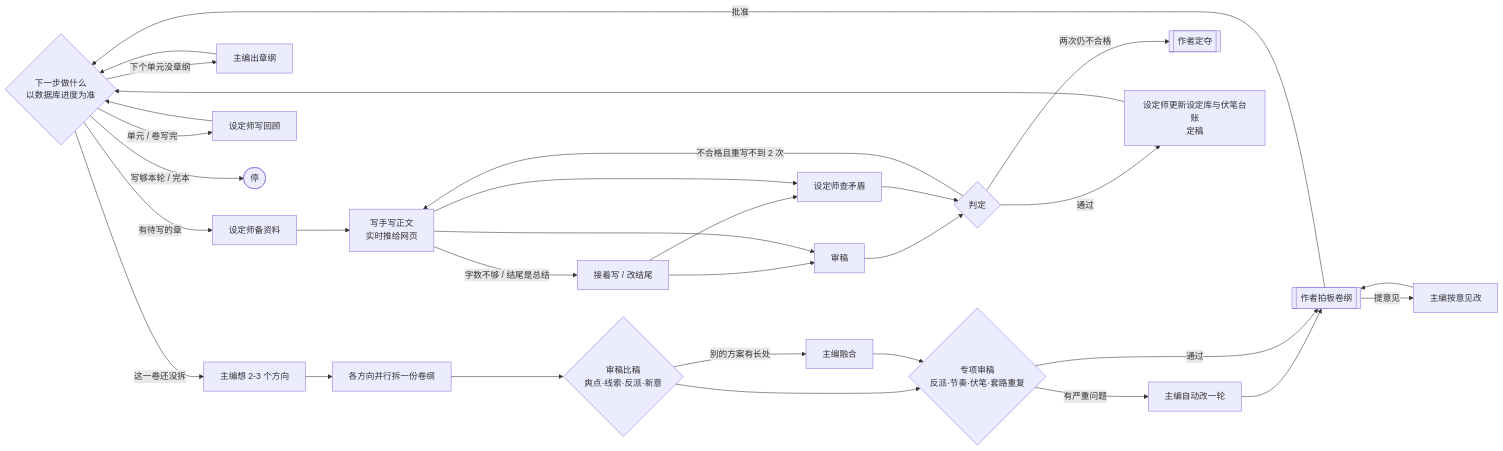
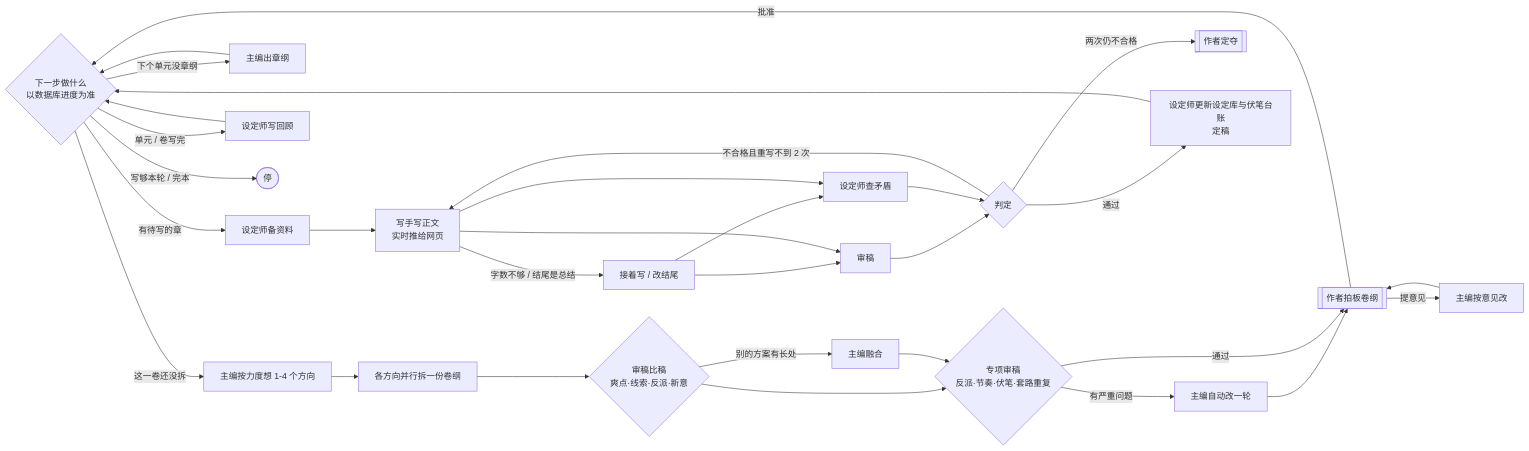
The second of 3 diagrams in README.md (lxbtkfbj/zhibi), drawn with Mermaid before and after one commit. The commit also changed other lines of this file and 77 other files, not shown here.

````diff
--- a/README.md
+++ b/README.md
@@ -58,33 +58,33 @@
 ```mermaid
 flowchart LR
-    N{下一步做什么<br/>以数据库进度为准} -->|这一卷还没拆| P[主编想 2-3 个方向]
+    N{下一步做什么<br/>以数据库进度为准} -->|这一卷还没拆| P[主编按力度想 1-4 个方向]
     P --> P1[各方向并行拆一份卷纲]
     P1 --> B{审稿比稿<br/>爽点·线索·反派·新意}
     B -- 别的方案有长处 --> M[主编融合]
     B --> A
     M --> A{专项审稿<br/>反派·节奏·伏笔·套路重复}
     A -- 有严重问题 --> AR[主编自动改一轮]
     AR --> G1
     A -- 通过 --> G1[[作者拍板卷纲]]
     G1 -- 提意见 --> GR[主编按意见改]
     GR --> G1
     G1 -- 批准 --> N
     N -->|下个单元没章纲| C[主编出章纲]
     C --> N
     N -->|有待写的章| L[设定师备资料]
     L --> W[写手写正文<br/>实时推给网页]
     W -- 字数不够 / 结尾是总结 --> PL[接着写 / 改结尾]
     PL --> R
     PL --> K
     W --> R[审稿]
     W --> K[设定师查矛盾]
     R --> J{判定}
     K --> J
     J -- 不合格且重写不到 2 次 --> W
     J -- 两次仍不合格 --> G2[[作者定夺]]
     J -- 通过 --> F[设定师更新设定库与伏笔台账<br/>定稿]
     F --> N
     N -->|单元 / 卷写完| RC[设定师写回顾]
     RC --> N
     N -->|写够本轮 / 完本| X([停])
 ```
````
